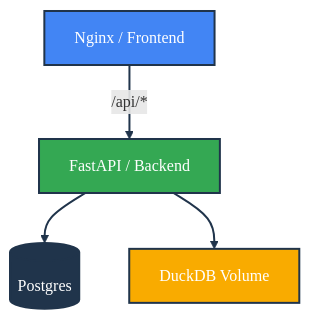
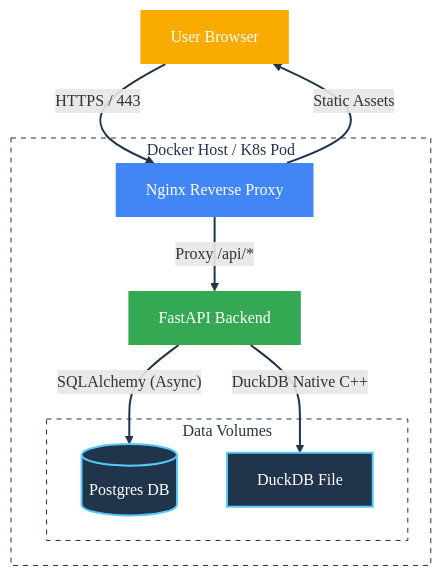
The diagram in MAINTENANCE.md (SamuelMarks/hospital-dashboard-platform), drawn with Mermaid before and after one commit. The commit also changed other lines of this file and 3 other files, not shown here.

````diff
--- a/MAINTENANCE.md
+++ b/MAINTENANCE.md
@@ -116,33 +132,48 @@
 ```mermaid
 flowchart TD
-%% Nodes
-    NGINX[Nginx / Frontend]
-    API[FastAPI / Backend]
-    DB[(Postgres)]
-    VOL[DuckDB Volume]
+    %% ---------------------------------------------------------
+    %% Design Constraints & Styling
+    %% ---------------------------------------------------------
+    classDef blue font-family:'Google Sans Medium',fill:#4285f4,color:#ffffff,stroke:#20344b,stroke-width:0px;
+    classDef green font-family:'Google Sans Medium',fill:#34a853,color:#ffffff,stroke:#20344b,stroke-width:0px;
+    classDef yellow font-family:'Google Sans Medium',fill:#f9ab00,color:#ffffff,stroke:#20344b,stroke-width:0px;
+    classDef navy font-family:'Google Sans Medium',fill:#20344b,color:#ffffff,stroke:#57caff,stroke-width:2px;
+    classDef white font-family:'Roboto Mono Normal',fill:#ffffff,color:#20344b,stroke:#20344b,stroke-width:1px,stroke-dasharray: 5 5;
 
-%% Edges
-    NGINX -- "/api/*" --> API
-    API --> DB
-    API --> VOL
+    %% ---------------------------------------------------------
+    %% Nodes
+    %% ---------------------------------------------------------
+    Browser[User Browser]
+    
+    subgraph Host ["Docker Host / K8s Pod"]
+        NGINX[Nginx Reverse Proxy]
+        API[FastAPI Backend]
+        
+        subgraph Persistence ["Data Volumes"]
+            PG[(Postgres DB)]
+            Duck[DuckDB File]
+        end
+    end
 
-%% Font Styling
-%% Body: Google Sans Normal
-%% Subheads (Edge Labels): Roboto Mono Normal
-    classDef default font-family:'Google Sans Normal',sans-serif,stroke:#20344b,stroke-width:2px;
+    %% ---------------------------------------------------------
+    %% Connections
+    %% ---------------------------------------------------------
+    Browser -- "HTTPS / 443" --> NGINX
+    NGINX -- "Static Assets" --> Browser
+    NGINX -- "Proxy /api/*" --> API
+    
+    API -- "SQLAlchemy (Async)" --> PG
+    API -- "DuckDB Native C++" --> Duck
 
-%% Color Classes based on Design Constraints
-classDef blue fill:#4285f4,color:#ffffff;
-classDef green fill:#34a853,color:#ffffff;
-classDef navy fill:#20344b,color:#ffffff;
-classDef yellow fill:#f9ab00,color:#ffffff;
+    %% ---------------------------------------------------------
+    %% Styling Application
+    %% ---------------------------------------------------------
+    class Browser yellow;
+    class NGINX blue;
+    class API green;
+    class PG,Duck navy;
+    class Host,Persistence white;
 
-%% Apply Styles
-class NGINX blue;
-class API green;
-class DB navy;
-class VOL yellow;
-
-%% Link Styling
-linkStyle 0,1,2 stroke:#20344b,stroke-width:2px,fill:none,font-family:'Roboto Mono Normal',monospace;
+    %% Edge Styling
+    linkStyle default font-family:'Roboto Mono Normal',stroke:#20344b,stroke-width:2px;
 ```
````
